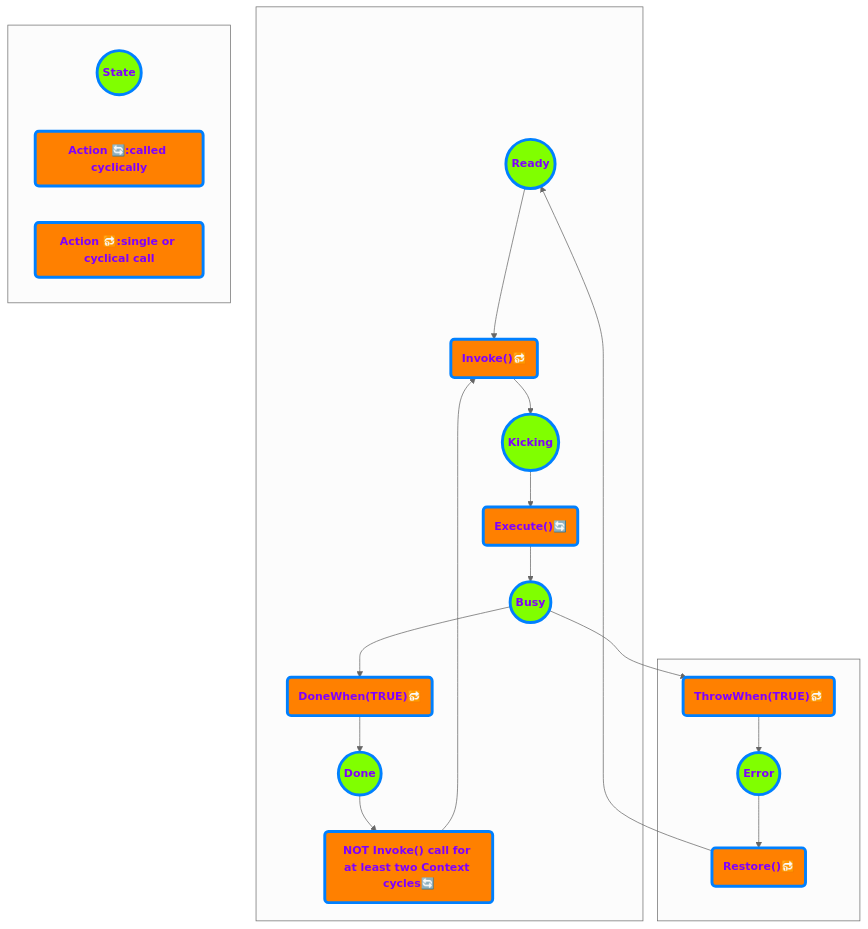
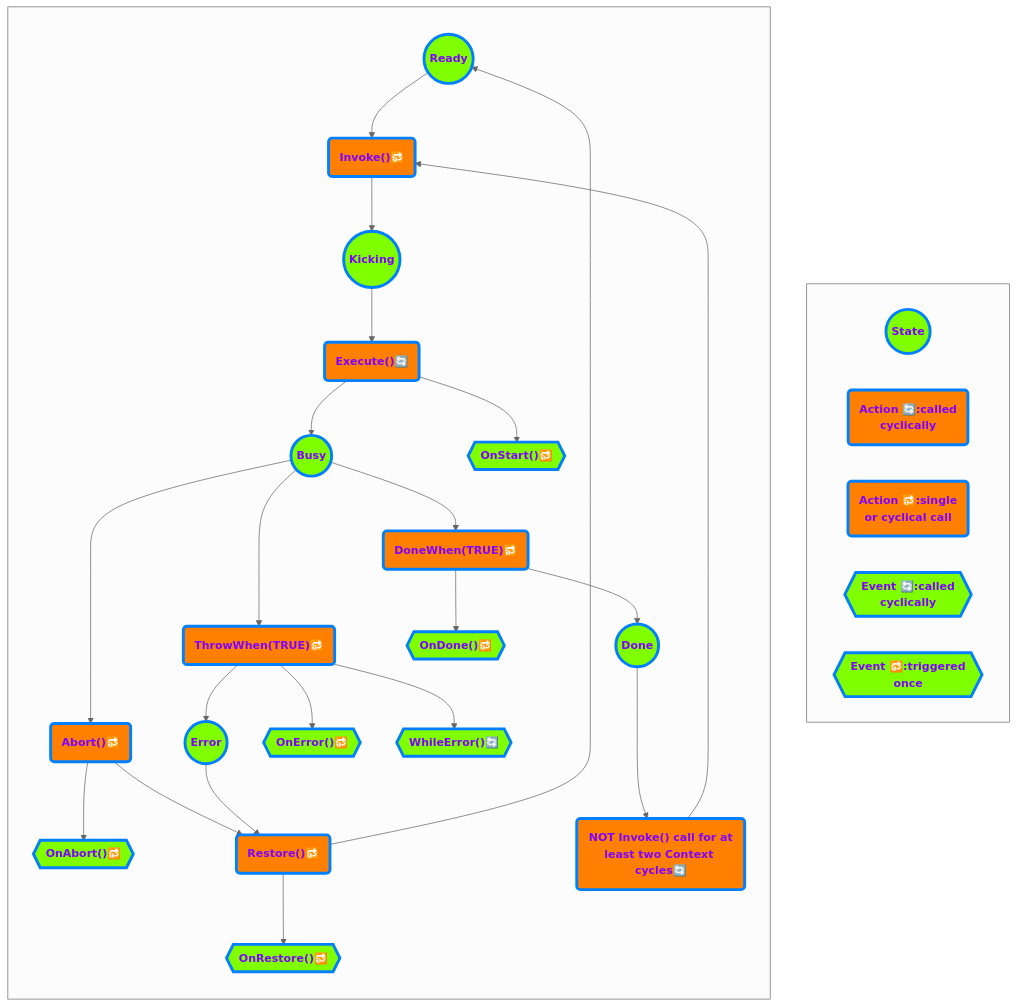
The diagram in src/core/ctrl/CommandTask.mmd (ix-ax/AXOpen), drawn with Mermaid (neutral theme) before and after one commit. The commit also changed 1 other file, not shown here.

```diff
--- a/src/core/ctrl/CommandTask.mmd
+++ b/src/core/ctrl/CommandTask.mmd
@@ -1,29 +1,57 @@
 flowchart TD
     classDef states fill:#80FF00,stroke:#0080FF,stroke-width:4px,color:#7F00FF,font-size:15px,font-weight:bold                                                      
     classDef actions fill:#ff8000,stroke:#0080ff,stroke-width:4px,color:#7F00FF,font-size:15px,font-weight:bold                                                      
+    classDef events fill:#80FF00,stroke:#0080ff,stroke-width:4px,color:#7F00FF,font-size:15px,font-weight:bold                                                      
 
-    s1((Ready))
-    s2((Kicking))
-    s3((Busy))
-    s4((Done))
-    s5((Error))
-    a1("Invoke()#128258;")
-    a2("Execute()#128260;")
-    a3("DoneWhen(TRUE)#128258;")
-    a4("ThrowWhen(TRUE)#128258;")
-    a5("NOT Invoke() call for at least two Context cycles#128260;")
-    a6("Restore()#128258;")
-
-    subgraph  
-        s1:::states --> a1:::actions --> s2:::states --> a2:::actions --> s3:::states --> a3:::actions --> s4:::states --> a5:::actions --> a1:::actions
+    s1((Ready)):::states
+    s2((Kicking)):::states
+    s3((Busy)):::states
+    s4((Done)):::states
+    s5((Error)):::states
+    a1("Invoke()#128258;"):::actions
+    a2("Execute()#128260;"):::actions
+    a3("DoneWhen(TRUE)#128258;"):::actions
+    a4("ThrowWhen(TRUE)#128258;"):::actions
+    a5("NOT Invoke() call for at<br>least two Context cycles#128260;"):::actions
+    a6("Restore()#128258;"):::actions
+    a7("Abort()#128258;"):::actions
+    e1{{"OnStart()#128258;"}}:::events
+    e2{{"OnError()#128258;"}}:::events
+    e3{{"WhileError()#128260;"}}:::events
+    e4{{"OnDone()#128258;"}}:::events
+    e5{{"OnAbort()#128258;"}}:::events
+    e6{{"OnRestore()#128258;"}}:::events
+    
+    subgraph legend[" "]
+        direction LR
+        s((State)):::states
+        ac("Action #128260;:called<br>cyclically"):::actions
+        as("Action #128258;:single<br>or cyclical call "):::actions
+        ec{{"Event #128260;:called<br>cyclically"}}:::events
+        es{{"Event #128258;:triggered<br>once "}}:::events
     end
-    subgraph   
-        s3:::states --> a4:::actions
-        a4:::actions --> s5:::states --> a6:::actions --> s1:::states 
+    
+    subgraph chart[" "]
+        direction TB
+        s1
+        s1-->a1
+        a1-->s2
+        s2-->a2
+        s3-->a3
+        s3-->a7
+        a7-->e5
+        a7-->a6
+        a3-->s4
+        s4--->a5
+        a5-->a1
+        a2-->s3
+        s3--->a4
+        a4-->s5
+        s5-->a6
+        a6-->e6
+        a2-->e1
+        a4-->e2
+        a4-->e3
+        a3-->e4
+        a6-->s1
     end
-
-    subgraph   
-        s((State)):::states
-        ac("Action #128260;:called cyclically"):::actions
-        as("Action #128258;:single or cyclical call "):::actions
-    end
```
